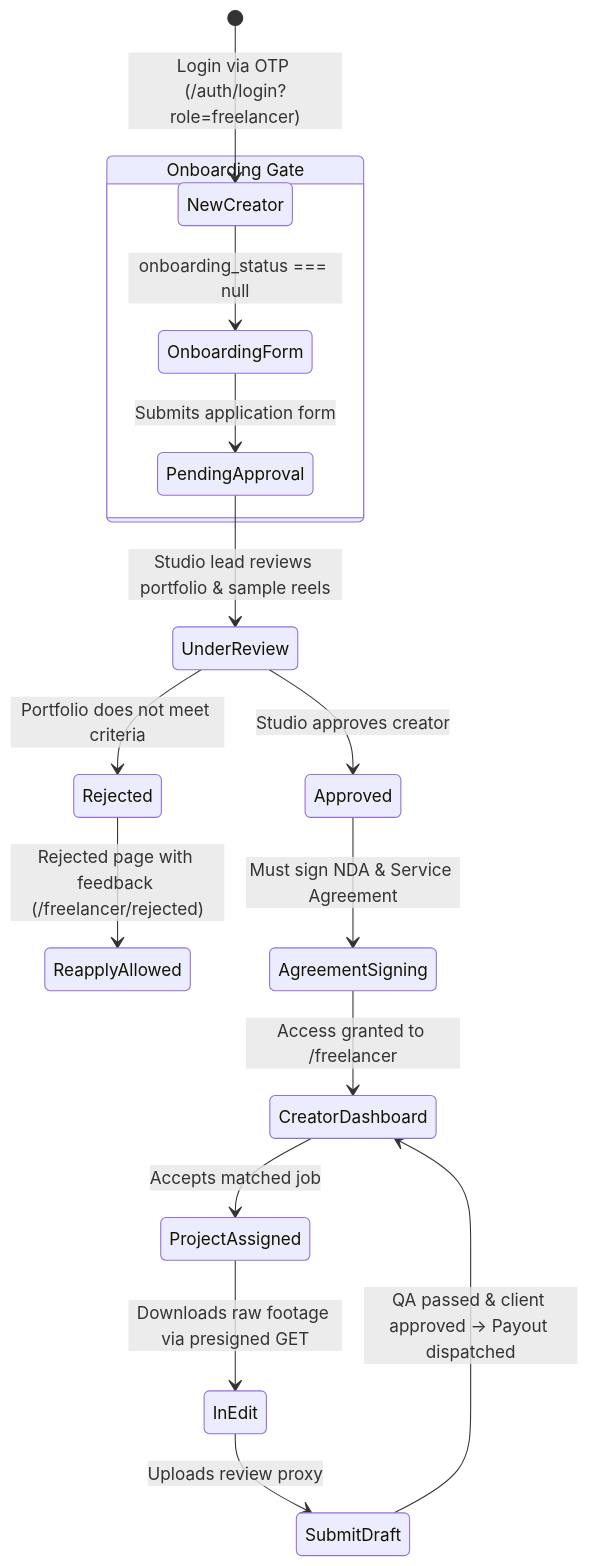
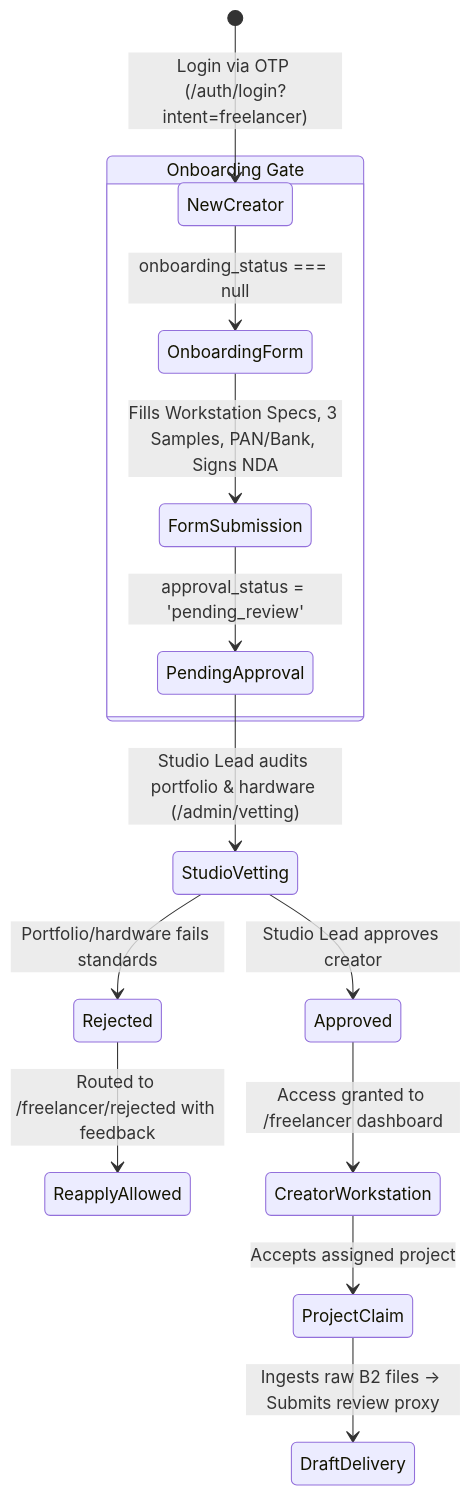
The third of 4 diagrams in AGENTS.md (artsyproduction8-cpu/artsy-production), drawn with Mermaid before and after one commit. The commit also changed other lines of this file, not shown here.

Commit message:
docs: canonical AGENTS.md v4.0 approved by owner

````diff
--- a/AGENTS.md
+++ b/AGENTS.md
@@ -243,24 +171,21 @@
 ```mermaid
 stateDiagram-v2
-    [*] --> NewCreator: Login via OTP (/auth/login?role=freelancer)
+    [*] --> NewCreator: Login via OTP (/auth/login?intent=freelancer)
     
     state "Onboarding Gate" as Gate {
         NewCreator --> OnboardingForm: onboarding_status === null
-        OnboardingForm --> PendingApproval: Submits application form
+        OnboardingForm --> FormSubmission: Fills Workstation Specs, 3 Samples, PAN/Bank, Signs NDA
+        FormSubmission --> PendingApproval: approval_status = 'pending_review'
     }
     
-    PendingApproval --> UnderReview: Studio lead reviews portfolio & sample reels
+    PendingApproval --> StudioVetting: Studio Lead audits portfolio & hardware (/admin/vetting)
     
-    UnderReview --> Approved: Studio approves creator
-    UnderReview --> Rejected: Portfolio does not meet criteria
+    StudioVetting --> Approved: Studio Lead approves creator
+    StudioVetting --> Rejected: Portfolio/hardware fails standards
     
-    Rejected --> ReapplyAllowed: Rejected page with feedback (/freelancer/rejected)
+    Rejected --> ReapplyAllowed: Routed to /freelancer/rejected with feedback
     
-    Approved --> AgreementSigning: Must sign NDA & Service Agreement
-    AgreementSigning --> CreatorDashboard: Access granted to /freelancer
-    
-    CreatorDashboard --> ProjectAssigned: Accepts matched job
-    ProjectAssigned --> InEdit: Downloads raw footage via presigned GET
-    InEdit --> SubmitDraft: Uploads review proxy
-    SubmitDraft --> CreatorDashboard: QA passed & client approved -> Payout dispatched
+    Approved --> CreatorWorkstation: Access granted to /freelancer dashboard
+    CreatorWorkstation --> ProjectClaim: Accepts assigned project
+    ProjectClaim --> DraftDelivery: Ingests raw B2 files -> Submits review proxy
 ```
````
